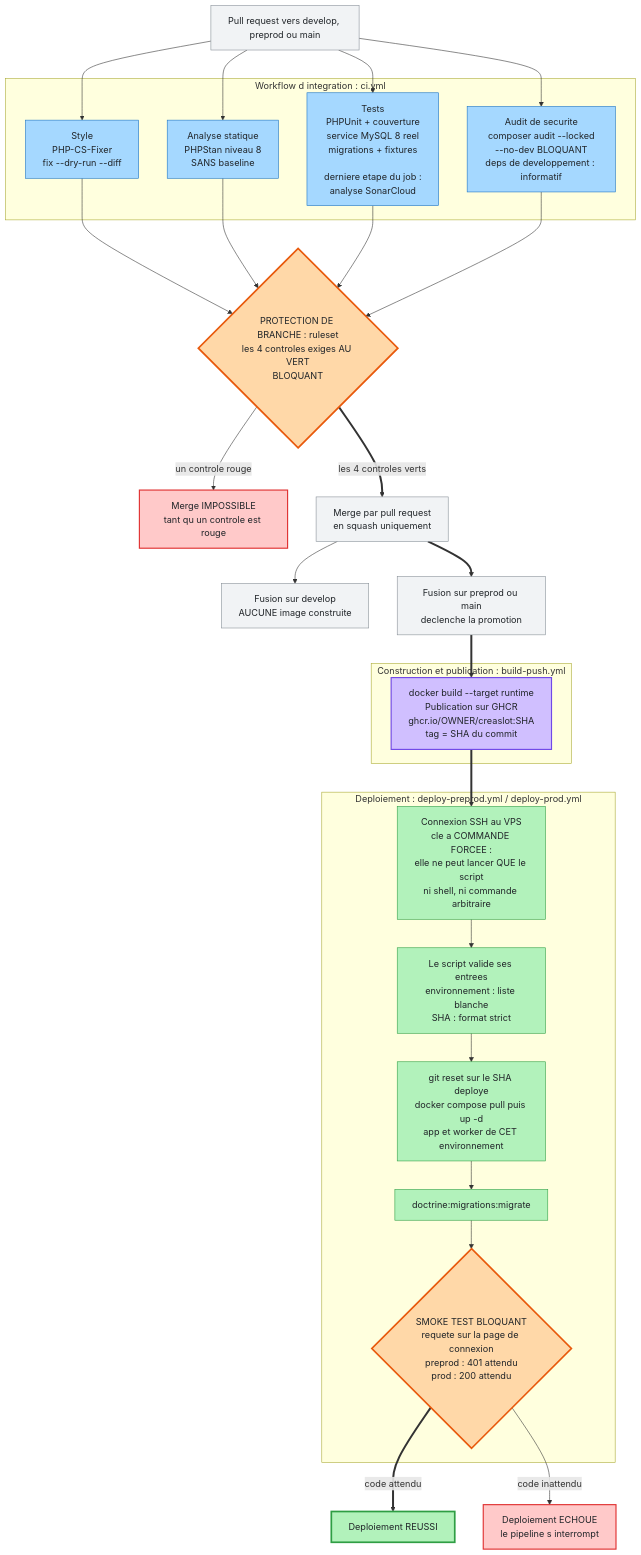
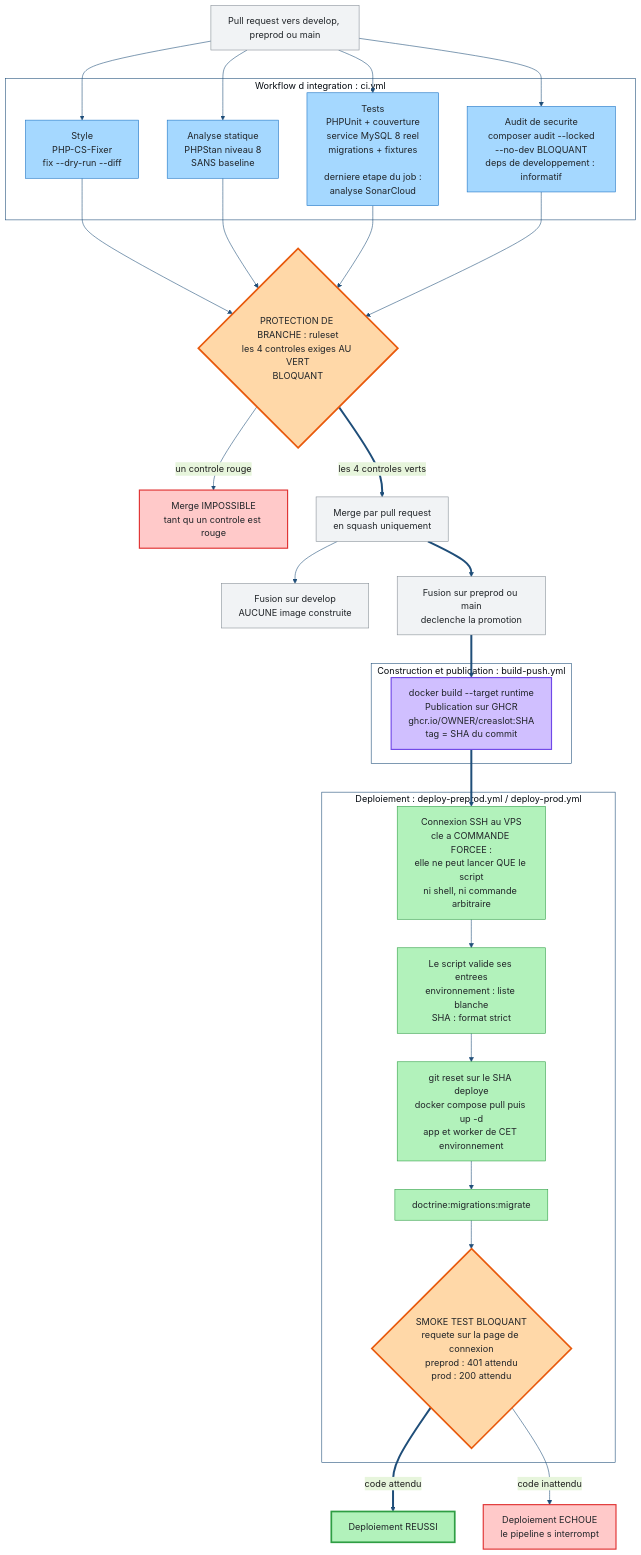
The diagram in docs/pipeline-cicd.mermaid (sgahovey/creaslot), drawn with Mermaid before and after one commit. The commit also changed 49 other files, not shown here.

First line of the commit message:
docs(conception): regroupe les diagrammes et captures

```diff
--- a/docs/pipeline-cicd.mermaid
+++ b/docs/pipeline-cicd.mermaid
@@ -1,78 +1,89 @@
+---
+config:
+  theme: base
+  themeVariables:
+    primaryColor: '#DCE7F5'
+    primaryBorderColor: '#1F4E79'
+    primaryTextColor: '#1E1E1E'
+    lineColor: '#1F4E79'
+    clusterBkg: '#FFFFFF'
+    clusterBorder: '#1F4E79'
+---
 flowchart TB
 
     PR["Pull request vers develop, preprod ou main"]
 
     subgraph QUALITE["Workflow d integration : ci.yml"]
         CS["Style<br/>PHP-CS-Fixer<br/>fix --dry-run --diff"]
         STAN["Analyse statique<br/>PHPStan niveau 8<br/>SANS baseline"]
         TESTS["Tests<br/>PHPUnit + couverture<br/>service MySQL 8 reel<br/>migrations + fixtures<br/><br/>derniere etape du job :<br/>analyse SonarCloud"]
         AUDIT["Audit de securite<br/>composer audit --locked<br/>--no-dev BLOQUANT<br/>deps de developpement : informatif"]
     end
 
     GATE{"PROTECTION DE BRANCHE : ruleset<br/>les 4 controles exiges AU VERT<br/>BLOQUANT"}
 
     REFUS["Merge IMPOSSIBLE<br/>tant qu un controle est rouge"]
 
     MERGE["Merge par pull request<br/>en squash uniquement"]
 
     DEVELOP["Fusion sur develop<br/>AUCUNE image construite"]
 
     PROMO["Fusion sur preprod ou main<br/>declenche la promotion"]
 
     subgraph CONSTRUCTION["Construction et publication : build-push.yml"]
         IMAGE["docker build --target runtime<br/>Publication sur GHCR<br/>ghcr.io/OWNER/creaslot:SHA<br/>tag = SHA du commit"]
     end
 
     subgraph DEPLOIEMENT["Deploiement : deploy-preprod.yml / deploy-prod.yml"]
         SSH["Connexion SSH au VPS<br/>cle a COMMANDE FORCEE :<br/>elle ne peut lancer QUE le script<br/>ni shell, ni commande arbitraire"]
         VALID["Le script valide ses entrees<br/>environnement : liste blanche<br/>SHA : format strict"]
         SYNC["git reset sur le SHA deploye<br/>docker compose pull puis up -d<br/>app et worker de CET environnement"]
         MIGR["doctrine:migrations:migrate"]
         SMOKE{"SMOKE TEST BLOQUANT<br/>requete sur la page de connexion<br/>preprod : 401 attendu<br/>prod : 200 attendu"}
     end
 
     OK["Deploiement REUSSI"]
     KO["Deploiement ECHOUE<br/>le pipeline s interrompt"]
 
     PR --> CS
     PR --> STAN
     PR --> TESTS
     PR --> AUDIT
 
     CS --> GATE
     STAN --> GATE
     TESTS --> GATE
     AUDIT --> GATE
 
     GATE -->|"un controle rouge"| REFUS
     GATE ==>|"les 4 controles verts"| MERGE
 
     MERGE --> DEVELOP
     MERGE ==> PROMO
 
     PROMO ==> IMAGE
     IMAGE ==> SSH
     SSH --> VALID
     VALID --> SYNC
     SYNC --> MIGR
     MIGR --> SMOKE
 
     SMOKE ==>|"code attendu"| OK
     SMOKE -->|"code inattendu"| KO
 
     classDef entree fill:#f1f3f5,stroke:#868e96,stroke-width:1px,color:#212529
     classDef qualite fill:#a5d8ff,stroke:#1971c2,stroke-width:1px,color:#212529
     classDef bloquant fill:#ffd8a8,stroke:#e8590c,stroke-width:3px,color:#212529
     classDef build fill:#d0bfff,stroke:#7048e8,stroke-width:2px,color:#212529
     classDef deploie fill:#b2f2bb,stroke:#2f9e44,stroke-width:1px,color:#212529
     classDef succes fill:#b2f2bb,stroke:#2f9e44,stroke-width:3px,color:#212529
     classDef echec fill:#ffc9c9,stroke:#e03131,stroke-width:2px,color:#212529
 
     class PR entree
     class CS,STAN,TESTS,AUDIT qualite
     class GATE,SMOKE bloquant
     class REFUS,KO echec
     class MERGE,DEVELOP,PROMO entree
     class IMAGE build
     class SSH,VALID,SYNC,MIGR deploie
     class OK succes
```
